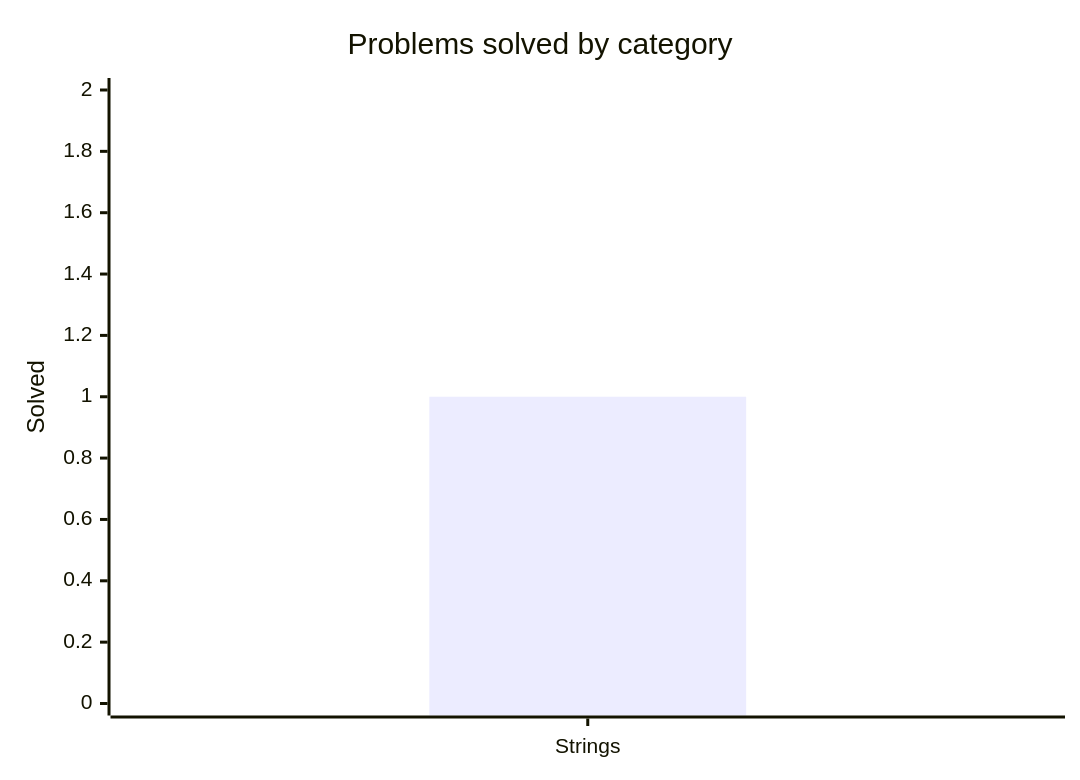
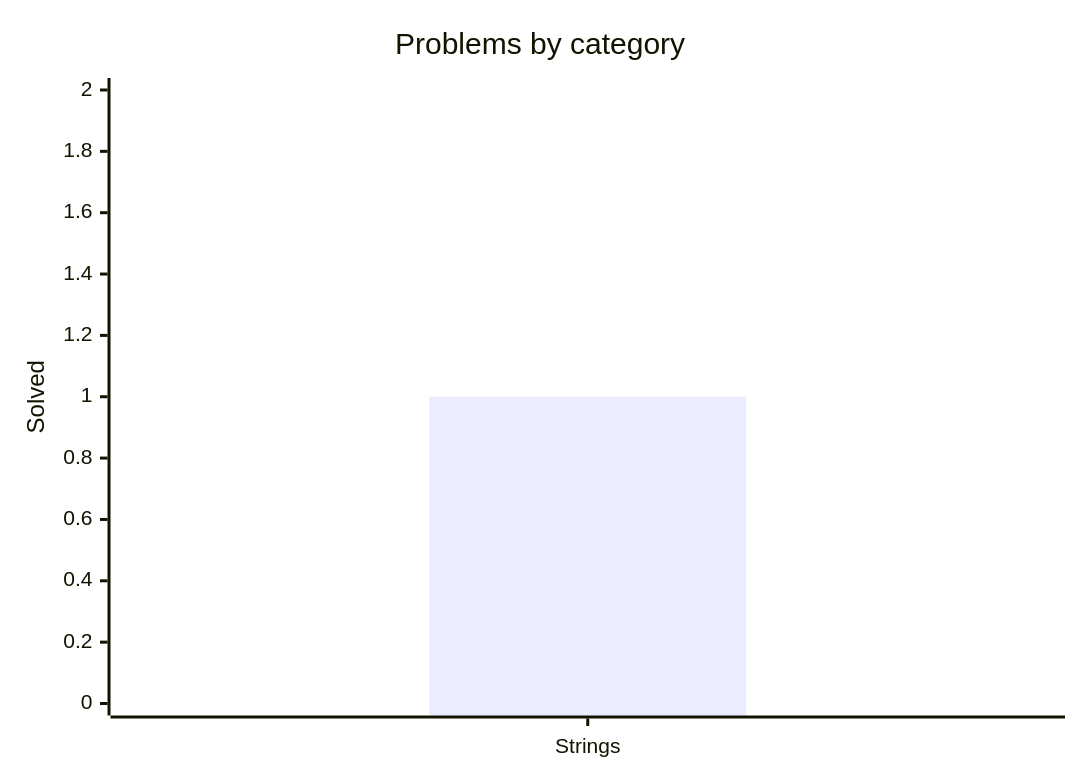
Before and after one commit to mauli-waghmore/data-structures-algorithms-kotlin: the diagram in README.md, drawn with Mermaid. The commit also changed other lines of this file and 1 other file, not shown here.

````diff
--- a/README.md
+++ b/README.md
@@ -36,7 +39,8 @@
 ```mermaid
+%%{init: {"xyChart": {"plotColorPalette": "#7F52FF"}}}%%
 xychart-beta
-    title "Problems solved by category"
+    title "Problems by category"
     x-axis ["Strings"]
     y-axis "Solved" 0 --> 2
     bar [1]
 ```
````
